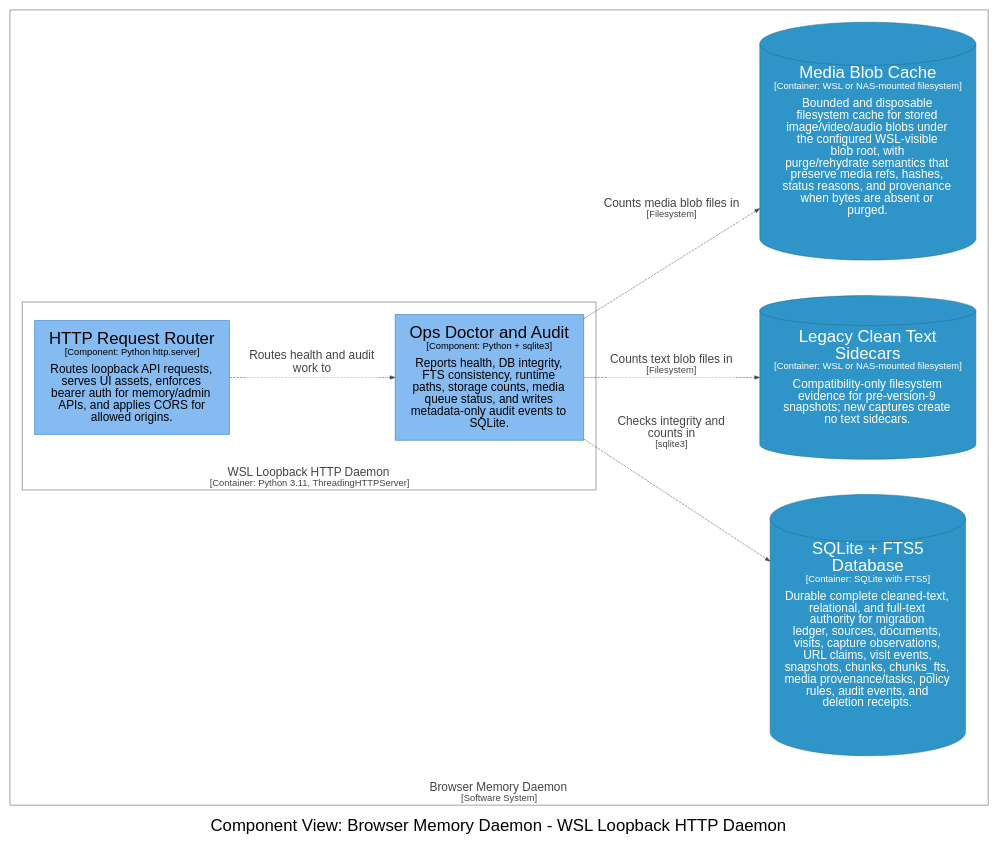
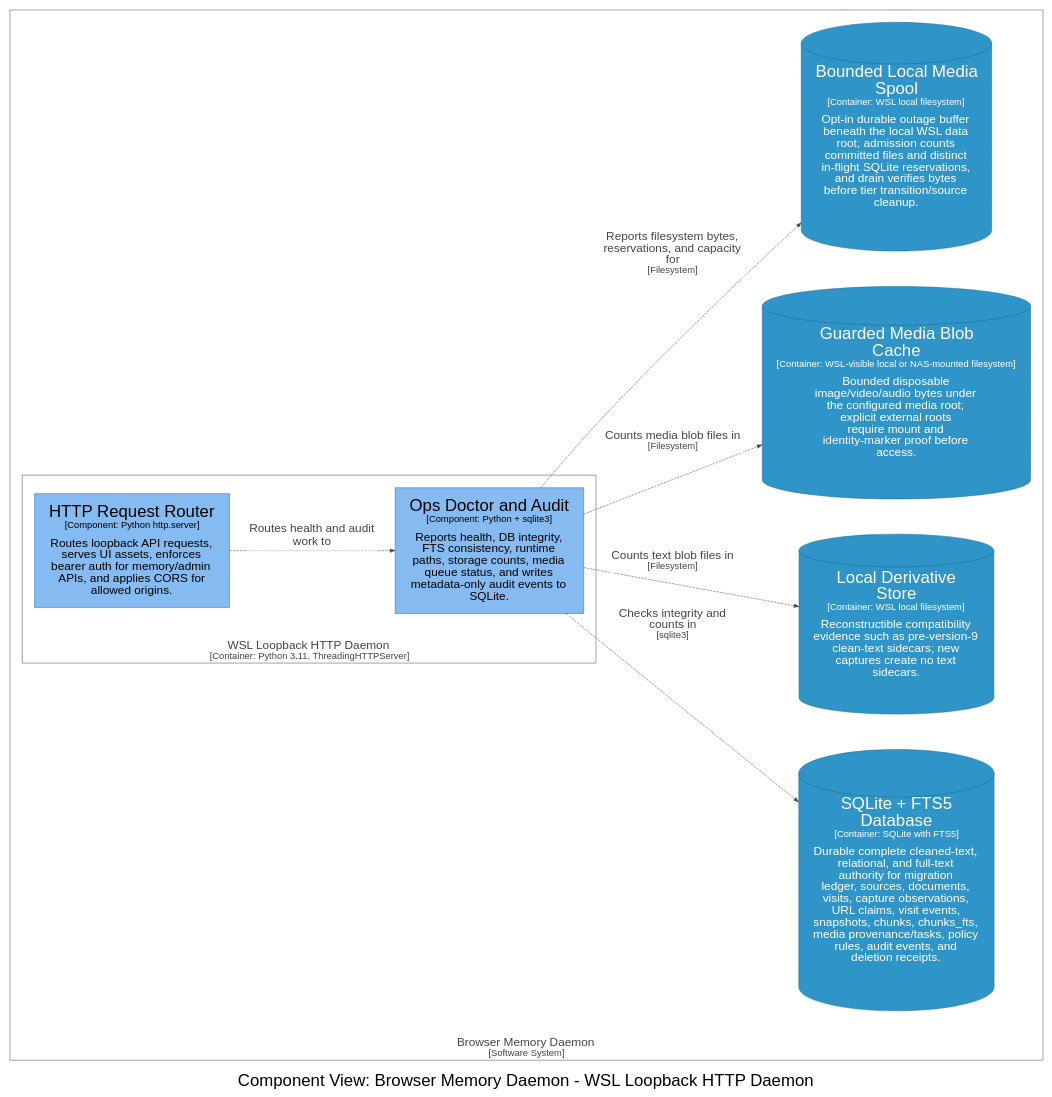
Before and after one commit to michaelnicks0/browser-memory-daemon: the diagram in docs/architecture/diagrams/dot/structurizr-DaemonDoctorComponents.dot, drawn with Graphviz. The commit also changed 184 other files, not shown here.

Commit message:
feat(storage): split media root and add bounded spool

```diff
--- a/docs/architecture/diagrams/dot/structurizr-DaemonDoctorComponents.dot
+++ b/docs/architecture/diagrams/dot/structurizr-DaemonDoctorComponents.dot
@@ -1,38 +1,40 @@
 digraph {
   compound=true
   graph [fontname="Arial", rankdir=LR, ranksep=1.0, nodesep=1.0]
   node [fontname="Arial", shape=box, margin="0.4,0.3"]
   edge [fontname="Arial"]
   label=<<br /><font point-size="34">Component View: Browser Memory Daemon - WSL Loopback HTTP Daemon</font>>
 
   subgraph cluster_4 {
     margin=25
     label=<<font point-size="24"><br />Browser Memory Daemon</font><br /><font point-size="19">[Software System]</font>>
     labelloc=b
     color="#444444"
     fontcolor="#444444"
     fillcolor="#444444"
 
     subgraph cluster_14 {
       margin=25
       label=<<font point-size="24"><br />WSL Loopback HTTP Daemon</font><br /><font point-size="19">[Container: Python 3.11, ThreadingHTTPServer]</font>>
       labelloc=b
       color="#444444"
       fontcolor="#444444"
       fillcolor="#444444"
 
       15 [id=15,shape=rect, label=<<font point-size="34">HTTP Request Router</font><br /><font point-size="19">[Component: Python http.server]</font><br /><br /><font point-size="24">Routes loopback API requests,<br />serves UI assets, enforces<br />bearer auth for memory/admin<br />APIs, and applies CORS for<br />allowed origins.</font>>, style=filled, color="#1168bd", fillcolor="#85bbf0", fontcolor="#000000"]
       25 [id=25,shape=rect, label=<<font point-size="34">Ops Doctor and Audit</font><br /><font point-size="19">[Component: Python + sqlite3]</font><br /><br /><font point-size="24">Reports health, DB integrity,<br />FTS consistency, runtime<br />paths, storage counts, media<br />queue status, and writes<br />metadata-only audit events to<br />SQLite.</font>>, style=filled, color="#1168bd", fillcolor="#85bbf0", fontcolor="#000000"]
     }
 
     29 [id=29,shape=cylinder, label=<<font point-size="34">SQLite + FTS5<br />Database</font><br /><font point-size="19">[Container: SQLite with FTS5]</font><br /><br /><font point-size="24">Durable complete cleaned-text,<br />relational, and full-text<br />authority for migration<br />ledger, sources, documents,<br />visits, capture observations,<br />URL claims, visit events,<br />snapshots, chunks, chunks_fts,<br />media provenance/tasks, policy<br />rules, audit events, and<br />deletion receipts.</font>>, style=filled, color="#20688c", fillcolor="#2f95c8", fontcolor="#ffffff"]
-    30 [id=30,shape=cylinder, label=<<font point-size="34">Legacy Clean Text<br />Sidecars</font><br /><font point-size="19">[Container: WSL or NAS-mounted filesystem]</font><br /><br /><font point-size="24">Compatibility-only filesystem<br />evidence for pre-version-9<br />snapshots; new captures create<br />no text sidecars.</font>>, style=filled, color="#20688c", fillcolor="#2f95c8", fontcolor="#ffffff"]
-    31 [id=31,shape=cylinder, label=<<font point-size="34">Media Blob Cache</font><br /><font point-size="19">[Container: WSL or NAS-mounted filesystem]</font><br /><br /><font point-size="24">Bounded and disposable<br />filesystem cache for stored<br />image/video/audio blobs under<br />the configured WSL-visible<br />blob root, with<br />purge/rehydrate semantics that<br />preserve media refs, hashes,<br />status reasons, and provenance<br />when bytes are absent or<br />purged.</font>>, style=filled, color="#20688c", fillcolor="#2f95c8", fontcolor="#ffffff"]
+    30 [id=30,shape=cylinder, label=<<font point-size="34">Local Derivative<br />Store</font><br /><font point-size="19">[Container: WSL local filesystem]</font><br /><br /><font point-size="24">Reconstructible compatibility<br />evidence such as pre-version-9<br />clean-text sidecars; new<br />captures create no text<br />sidecars.</font>>, style=filled, color="#20688c", fillcolor="#2f95c8", fontcolor="#ffffff"]
+    31 [id=31,shape=cylinder, label=<<font point-size="34">Guarded Media Blob<br />Cache</font><br /><font point-size="19">[Container: WSL-visible local or NAS-mounted filesystem]</font><br /><br /><font point-size="24">Bounded disposable<br />image/video/audio bytes under<br />the configured media root;<br />explicit external roots<br />require mount and<br />identity-marker proof before<br />access.</font>>, style=filled, color="#20688c", fillcolor="#2f95c8", fontcolor="#ffffff"]
+    32 [id=32,shape=cylinder, label=<<font point-size="34">Bounded Local Media<br />Spool</font><br /><font point-size="19">[Container: WSL local filesystem]</font><br /><br /><font point-size="24">Opt-in durable outage buffer<br />beneath the local WSL data<br />root; admission counts<br />committed files and distinct<br />in-flight SQLite reservations,<br />and drain verifies bytes<br />before tier transition/source<br />cleanup.</font>>, style=filled, color="#20688c", fillcolor="#2f95c8", fontcolor="#ffffff"]
   }
 
-  15 -> 25 [id=71, label=<<TABLE BORDER="0" CELLBORDER="0" CELLSPACING="0" CELLPADDING="4" BGCOLOR="white"><TR><TD><font point-size="24">Routes health and audit<br />work to</font></TD></TR></TABLE>>, style="dashed", color="#444444", fontcolor="#444444"]
-  25 -> 29 [id=84, label=<<TABLE BORDER="0" CELLBORDER="0" CELLSPACING="0" CELLPADDING="4" BGCOLOR="white"><TR><TD><font point-size="24">Checks integrity and<br />counts in</font><br /><font point-size="19">[sqlite3]</font></TD></TR></TABLE>>, style="dashed", color="#444444", fontcolor="#444444"]
-  25 -> 30 [id=85, label=<<TABLE BORDER="0" CELLBORDER="0" CELLSPACING="0" CELLPADDING="4" BGCOLOR="white"><TR><TD><font point-size="24">Counts text blob files in</font><br /><font point-size="19">[Filesystem]</font></TD></TR></TABLE>>, style="dashed", color="#444444", fontcolor="#444444"]
-  25 -> 31 [id=86, label=<<TABLE BORDER="0" CELLBORDER="0" CELLSPACING="0" CELLPADDING="4" BGCOLOR="white"><TR><TD><font point-size="24">Counts media blob files in</font><br /><font point-size="19">[Filesystem]</font></TD></TR></TABLE>>, style="dashed", color="#444444", fontcolor="#444444"]
+  15 -> 25 [id=75, label=<<TABLE BORDER="0" CELLBORDER="0" CELLSPACING="0" CELLPADDING="4" BGCOLOR="white"><TR><TD><font point-size="24">Routes health and audit<br />work to</font></TD></TR></TABLE>>, style="dashed", color="#444444", fontcolor="#444444"]
+  25 -> 29 [id=89, label=<<TABLE BORDER="0" CELLBORDER="0" CELLSPACING="0" CELLPADDING="4" BGCOLOR="white"><TR><TD><font point-size="24">Checks integrity and<br />counts in</font><br /><font point-size="19">[sqlite3]</font></TD></TR></TABLE>>, style="dashed", color="#444444", fontcolor="#444444"]
+  25 -> 30 [id=90, label=<<TABLE BORDER="0" CELLBORDER="0" CELLSPACING="0" CELLPADDING="4" BGCOLOR="white"><TR><TD><font point-size="24">Counts text blob files in</font><br /><font point-size="19">[Filesystem]</font></TD></TR></TABLE>>, style="dashed", color="#444444", fontcolor="#444444"]
+  25 -> 31 [id=91, label=<<TABLE BORDER="0" CELLBORDER="0" CELLSPACING="0" CELLPADDING="4" BGCOLOR="white"><TR><TD><font point-size="24">Counts media blob files in</font><br /><font point-size="19">[Filesystem]</font></TD></TR></TABLE>>, style="dashed", color="#444444", fontcolor="#444444"]
+  25 -> 32 [id=92, label=<<TABLE BORDER="0" CELLBORDER="0" CELLSPACING="0" CELLPADDING="4" BGCOLOR="white"><TR><TD><font point-size="24">Reports filesystem bytes,<br />reservations, and capacity<br />for</font><br /><font point-size="19">[Filesystem]</font></TD></TR></TABLE>>, style="dashed", color="#444444", fontcolor="#444444"]
 
 }
```
